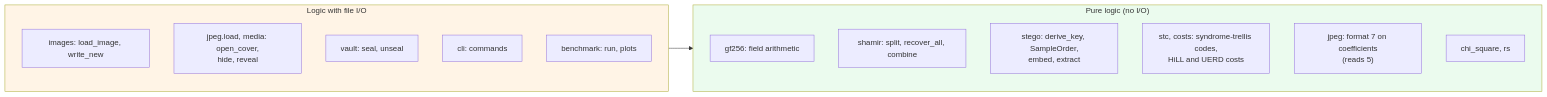
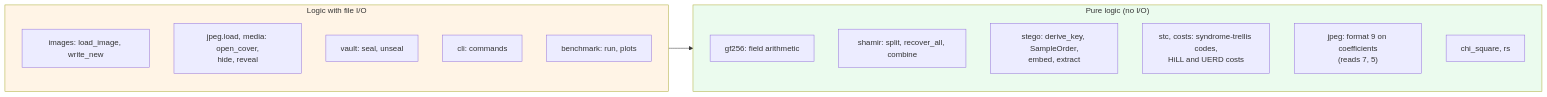
The diagram in docs/03-function-reference.md (Just-Ipavon/shardpix), drawn with Mermaid before and after one commit. The commit also changed other lines of this file and 29 other files, not shown here.

````diff
--- a/docs/03-function-reference.md
+++ b/docs/03-function-reference.md
@@ -30,24 +30,24 @@
 ```mermaid
 graph LR
     subgraph pure["Pure logic (no I/O)"]
         P1["gf256: field arithmetic"]
         P2["shamir: split, recover_all, combine"]
         P3["stego: derive_key, SampleOrder,<br/>embed, extract"]
         P5["stc, costs: syndrome-trellis codes,<br/>HiLL and UERD costs"]
-        P6["jpeg: format 7 on coefficients<br/>(reads 5)"]
+        P6["jpeg: format 9 on coefficients<br/>(reads 7, 5)"]
         P4["chi_square, rs"]
     end
 
     subgraph io["Logic with file I/O"]
         I1["images: load_image, write_new"]
         I5["jpeg.load, media: open_cover,<br/>hide, reveal"]
         I2["vault: seal, unseal"]
         I3["cli: commands"]
         I4["benchmark: run, plots"]
     end
 
     io --> pure
 
     style pure fill:#ebfbee
     style io fill:#fff4e6
 ```
````
